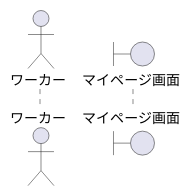
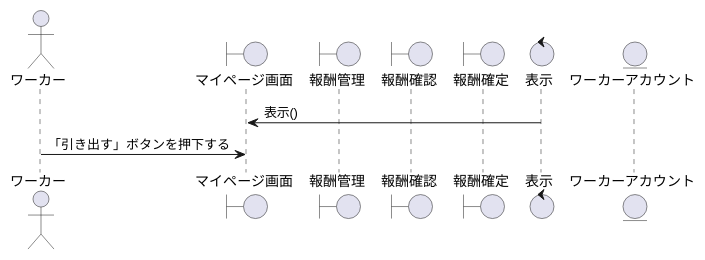
The diagram in sequence_fig/7_acconts_fn/03_ウォレット残高を引き出す.pu (irukacb256/high_Me), drawn with PlantUML before and after one commit. The commit also changed 1 other file, not shown here.

```diff
--- a/sequence_fig/7_acconts_fn/03_ウォレット残高を引き出す.pu
+++ b/sequence_fig/7_acconts_fn/03_ウォレット残高を引き出す.pu
@@ -1,8 +1,20 @@
 @startuml ウォレット残高を引き出す
 
 ' 1
 actor ワーカー as wo1
 
-boundary マイページ画面 as mp1
+boundary マイページ画面 as bo1
+boundary 報酬管理 as bo2
+boundary 報酬確認 as bo3
+boundary 報酬確定 as bo4
+
+control 表示 as co1
+
+entity ワーカーアカウント as en1
+
+co1 -> bo1:表示()
+wo1 -> bo1:「引き出す」ボタンを押下する
+
+
 
 @enduml
```
